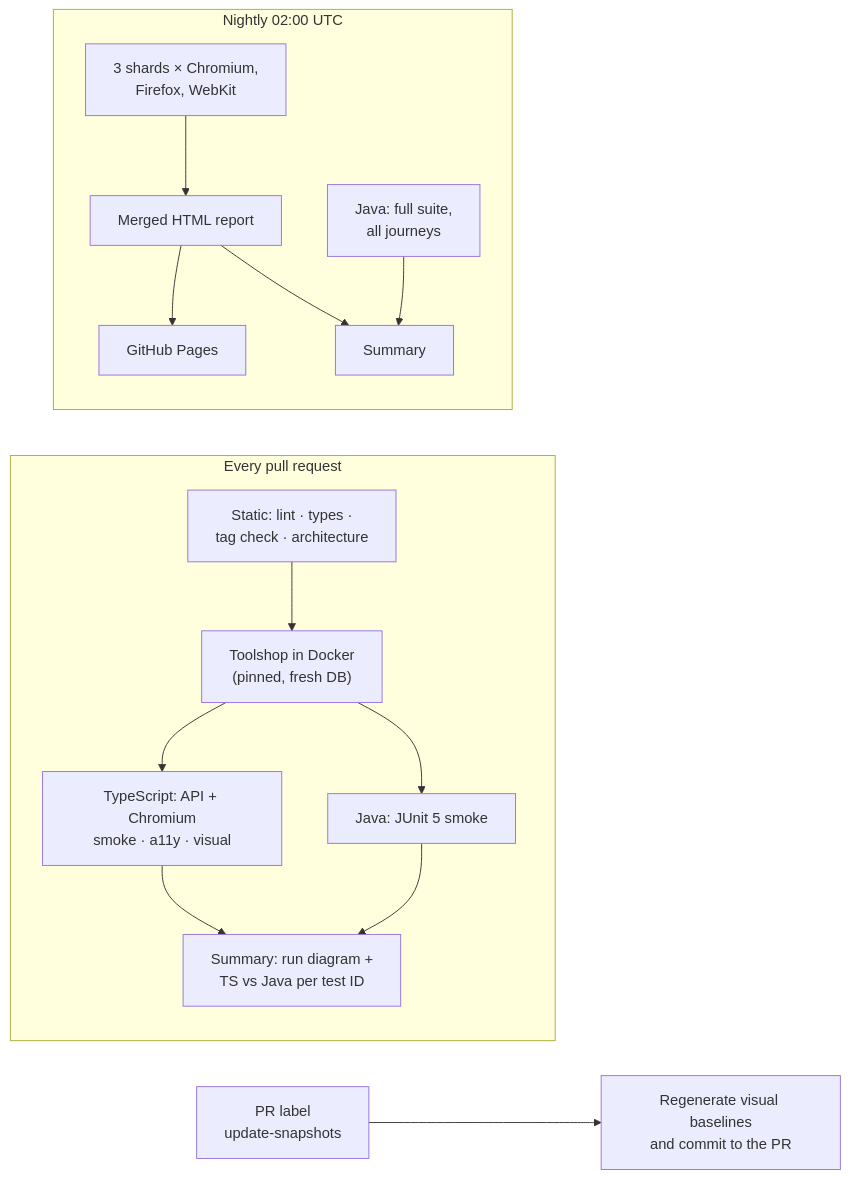
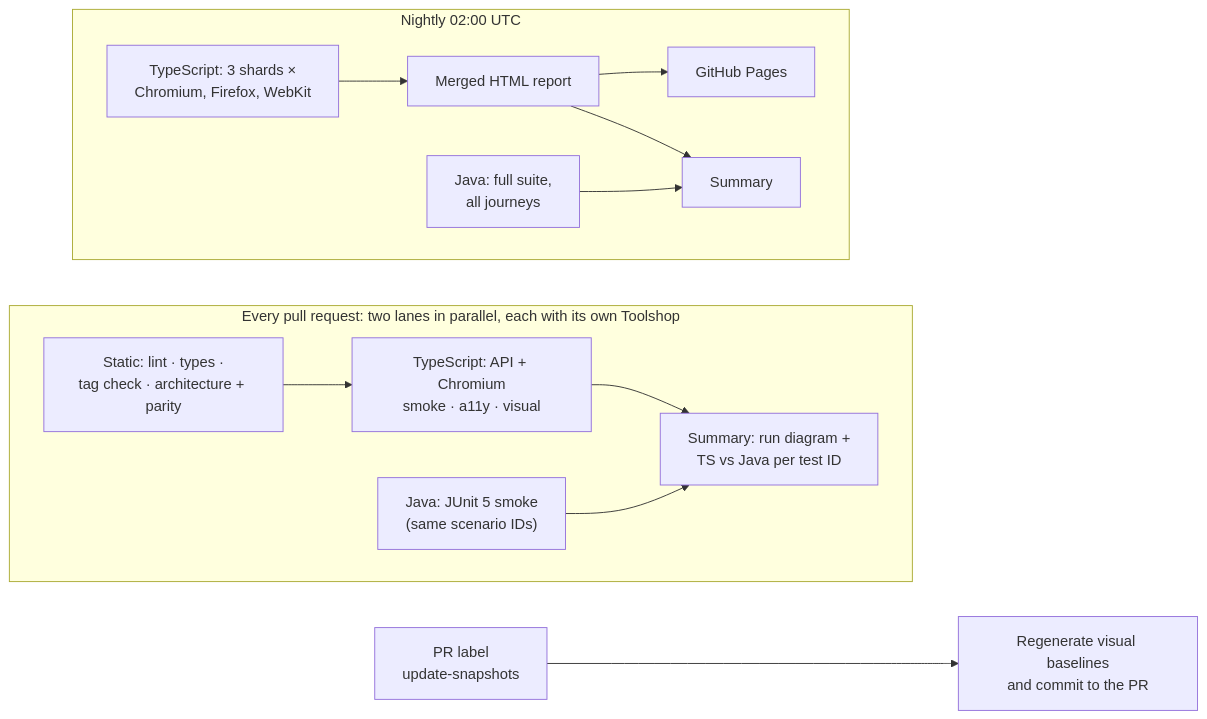
Before and after one commit to junchunip-hue/playwright-e2e-showcase: the diagram in README.md, drawn with Mermaid. The commit also changed other lines of this file and 5 other files, not shown here.

First line of the commit message:
Bring docs and diagrams up to date with the two-lane pipeline

````diff
--- a/README.md
+++ b/README.md
@@ -36,16 +36,17 @@
 ```mermaid
 flowchart LR
-  subgraph PR["Every pull request"]
-    S["Static: lint · types ·<br/>tag check · architecture"] --> T["Toolshop in Docker<br/>(pinned, fresh DB)"]
-    T --> TS["TypeScript: API + Chromium<br/>smoke · a11y · visual"]
-    T --> J["Java: JUnit 5 smoke"]
+  subgraph PR["Every pull request: two lanes in parallel, each with its own Toolshop"]
+    direction LR
+    S["Static: lint · types ·<br/>tag check · architecture + parity"] --> TS["TypeScript: API + Chromium<br/>smoke · a11y · visual"]
+    J["Java: JUnit 5 smoke<br/>(same scenario IDs)"]
     TS --> SUM["Summary: run diagram +<br/>TS vs Java per test ID"]
     J --> SUM
   end
   subgraph N["Nightly 02:00 UTC"]
-    SH["3 shards × Chromium,<br/>Firefox, WebKit"] --> M["Merged HTML report"] --> P["GitHub Pages"]
+    direction LR
+    SH["TypeScript: 3 shards ×<br/>Chromium, Firefox, WebKit"] --> M["Merged HTML report"] --> P["GitHub Pages"]
     NJ["Java: full suite,<br/>all journeys"] --> NS["Summary"]
     M --> NS
   end
   L["PR label<br/>update-snapshots"] --> B["Regenerate visual baselines<br/>and commit to the PR"]
 ```
````
